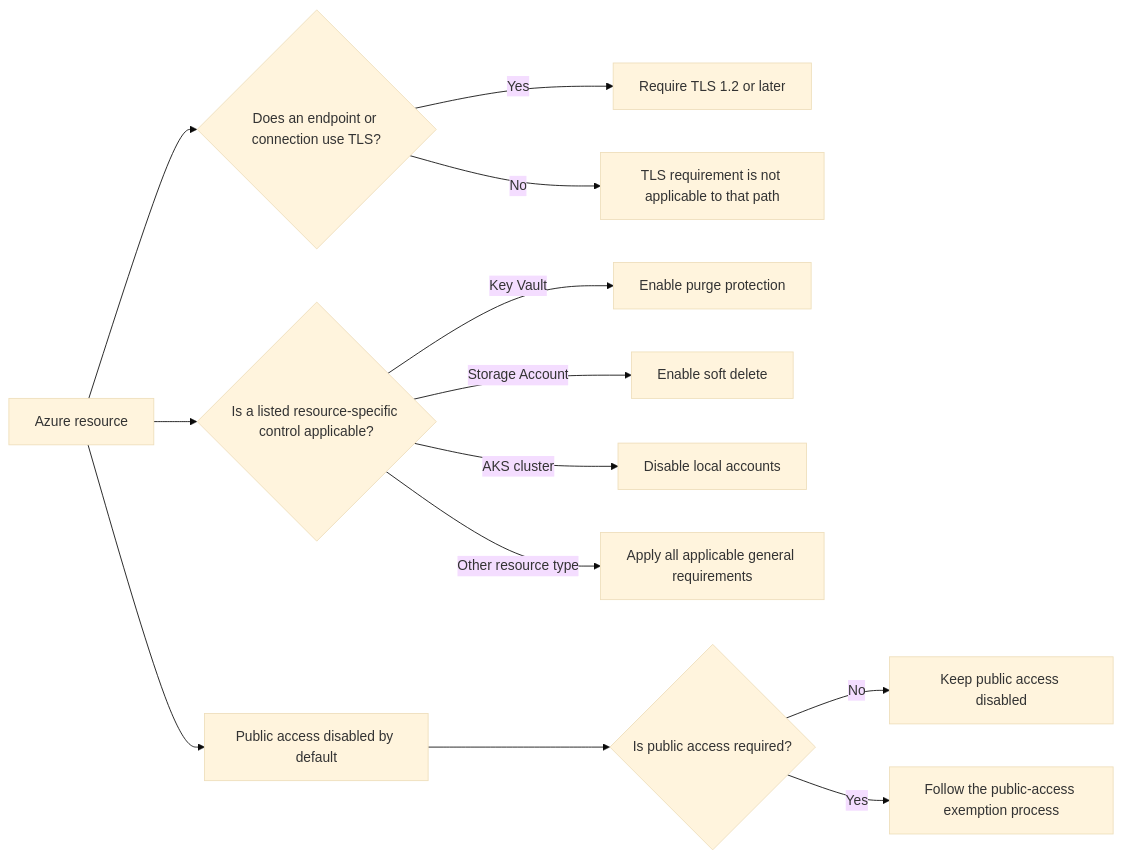
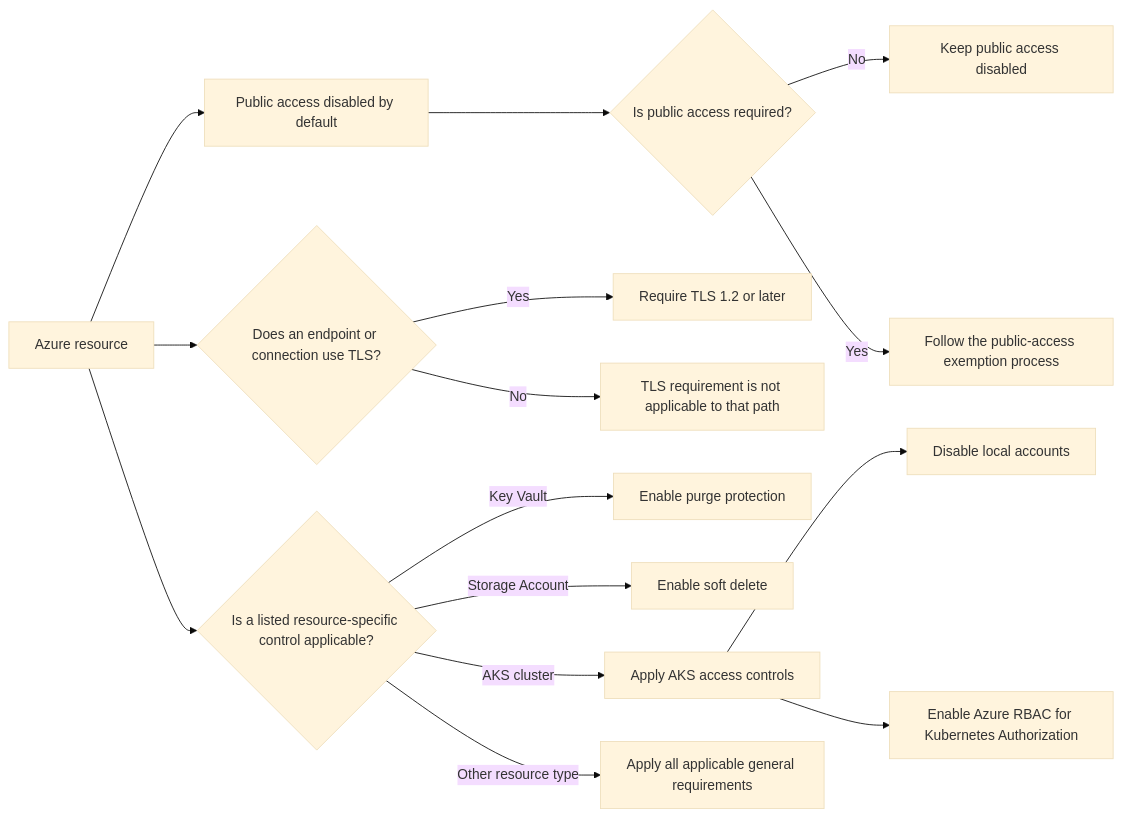
Before and after one commit to santosrodriguez/cloud-platform-documentation: the diagram in security/resource-security-baseline.md, drawn with Mermaid (base theme). The commit also changed other lines of this file and 8 other files, not shown here.

Commit message:
Require Azure RBAC on AKS clusters

````diff
--- a/security/resource-security-baseline.md
+++ b/security/resource-security-baseline.md
@@ -40,15 +41,17 @@
 ```mermaid
 flowchart LR
     resource["Azure resource"] --> public["Public access disabled by default"]
     resource --> tlsCheck{"Does an endpoint or connection use TLS?"}
     tlsCheck -->|"Yes"| tls["Require TLS 1.2 or later"]
     tlsCheck -->|"No"| tlsNA["TLS requirement is not applicable to that path"]
     resource --> type{"Is a listed resource-specific control applicable?"}
     type -->|"Key Vault"| purge["Enable purge protection"]
     type -->|"Storage Account"| softDelete["Enable soft delete"]
-    type -->|"AKS cluster"| localAccounts["Disable local accounts"]
+    type -->|"AKS cluster"| aksControls["Apply AKS access controls"]
+    aksControls --> localAccounts["Disable local accounts"]
+    aksControls --> azureRbac["Enable Azure RBAC for Kubernetes Authorization"]
     type -->|"Other resource type"| generalOnly["Apply all applicable general requirements"]
     public --> exception{"Is public access required?"}
     exception -->|"No"| keepPrivate["Keep public access disabled"]
     exception -->|"Yes"| exemption["Follow the public-access exemption process"]
 ```
````
